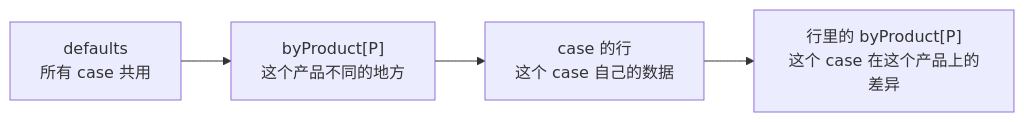
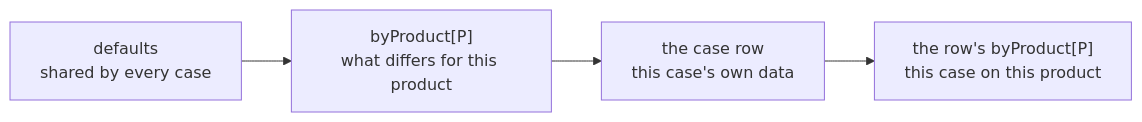
Before and after one commit to Hellen-Zhu/Oreo-e2e: the fifth of 6 diagrams in docs/demo/oreo-kt-confluence.md, drawn with Mermaid. The commit also changed other lines of this file and 1 other file, not shown here.

````diff
--- a/docs/demo/oreo-kt-confluence.md
+++ b/docs/demo/oreo-kt-confluence.md
@@ -226,6 +244,6 @@
 ```mermaid
 flowchart LR
-    A["defaults<br/>所有 case 共用"] --> B["byProduct[P]<br/>这个产品不同的地方"]
-    B --> C["case 的行<br/>这个 case 自己的数据"]
-    C --> D["行里的 byProduct[P]<br/>这个 case 在这个产品上的差异"]
+    A["defaults<br/>shared by every case"] --> B["byProduct[P]<br/>what differs for this product"]
+    B --> C["the case row<br/>this case's own data"]
+    C --> D["the row's byProduct[P]<br/>this case on this product"]
 ```
````
